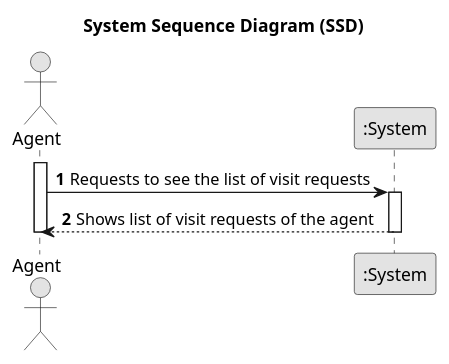
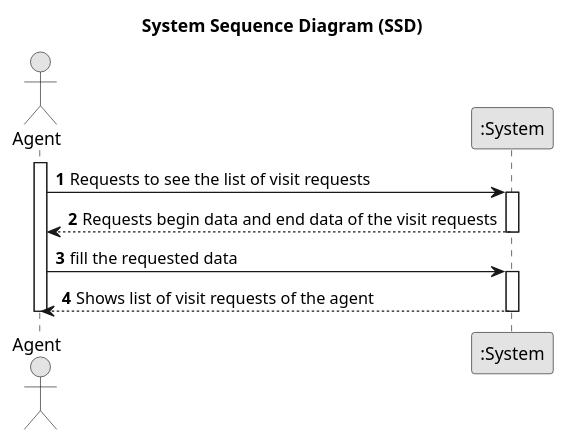
The diagram in lei-22-s2-1do-g68/docs/SprintD/us015/01.requirements-engineering/puml/us015-Sequence-diagram-alternative-one.puml (hugosilva2901/lei-22-s2-1DO-g68), drawn with PlantUML before and after one commit. The commit also changed 7 other files, not shown here.

```diff
--- a/lei-22-s2-1do-g68/docs/SprintD/us015/01.requirements-engineering/puml/us015-Sequence-diagram-alternative-one.puml
+++ b/lei-22-s2-1do-g68/docs/SprintD/us015/01.requirements-engineering/puml/us015-Sequence-diagram-alternative-one.puml
@@ -1,23 +1,29 @@
 @startuml
 skinparam monochrome true
 skinparam packageStyle rectangle
 skinparam shadowing false
 
 title System Sequence Diagram (SSD)
 
 autonumber
 actor "Agent" as Agent
 participant ":System" as System
 
 activate Agent
 
     Agent -> System : Requests to see the list of visit requests
     activate System
 
+    System --> Agent : Requests begin data and end data of the visit requests
+    deactivate System
+    "Agent" -> System : fill the requested data
+
+    activate System
+
     System --> Agent : Shows list of visit requests of the agent
     deactivate System
 
 
 deactivate Agent
 
 @enduml
```
